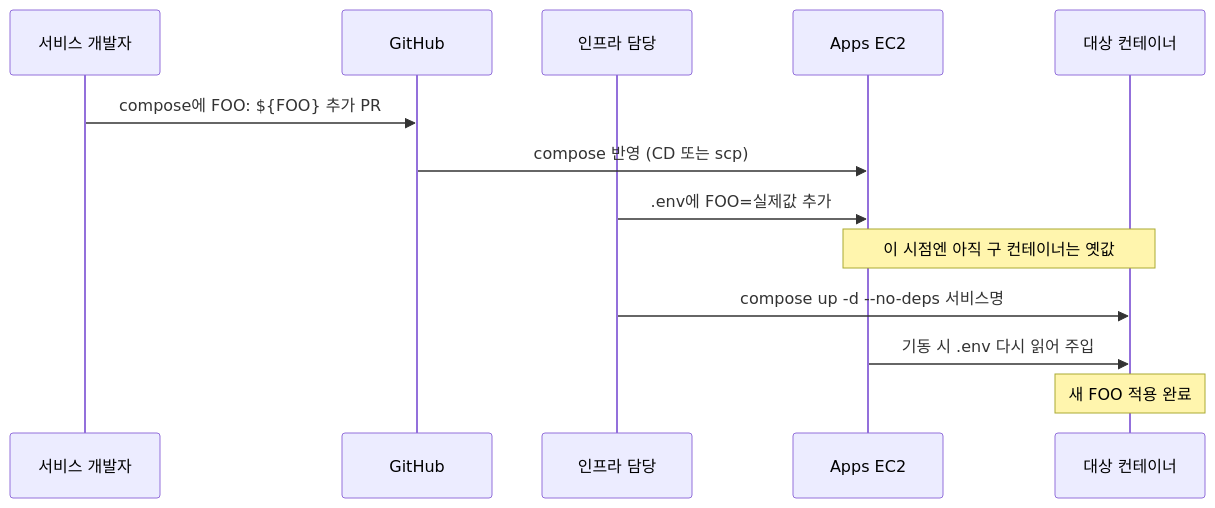
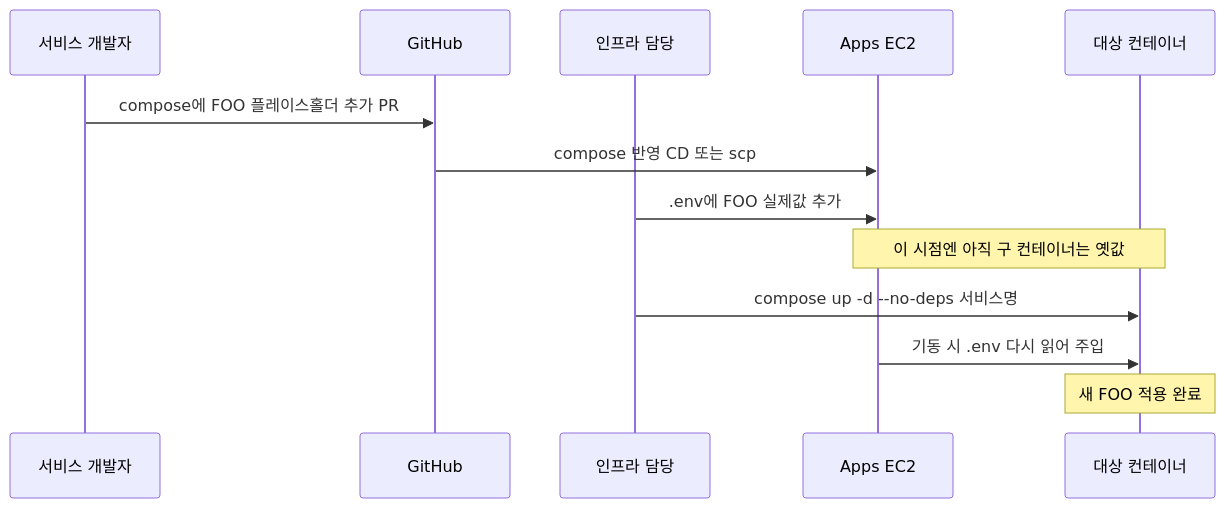
One commit to SpartaValueHub/ValueHub-AWS-Infra changed the third of 4 diagrams in docs/env-flow.md. Above: the diagram before and after it, drawn with Mermaid. The commit also changed other lines of this file, not shown here.

Commit message:
Fix Mermaid diagrams for GitHub renderer by avoiding curly braces.

````diff
--- a/docs/env-flow.md
+++ b/docs/env-flow.md
@@ -77,16 +77,16 @@
 ```mermaid
 sequenceDiagram
   participant Dev as 서비스 개발자
   participant Git as GitHub
   participant Ops as 인프라 담당
   participant EC2 as Apps EC2
   participant Ctr as 대상 컨테이너
 
-  Dev->>Git: compose에 FOO: ${FOO} 추가 PR
-  Git->>EC2: compose 반영 (CD 또는 scp)
-  Ops->>EC2: .env에 FOO=실제값 추가
+  Dev->>Git: compose에 FOO 플레이스홀더 추가 PR
+  Git->>EC2: compose 반영 CD 또는 scp
+  Ops->>EC2: .env에 FOO 실제값 추가
   Note over EC2,Ctr: 이 시점엔 아직 구 컨테이너는 옛값
   Ops->>Ctr: compose up -d --no-deps 서비스명
   EC2->>Ctr: 기동 시 .env 다시 읽어 주입
   Note over Ctr: 새 FOO 적용 완료
 ```
````
